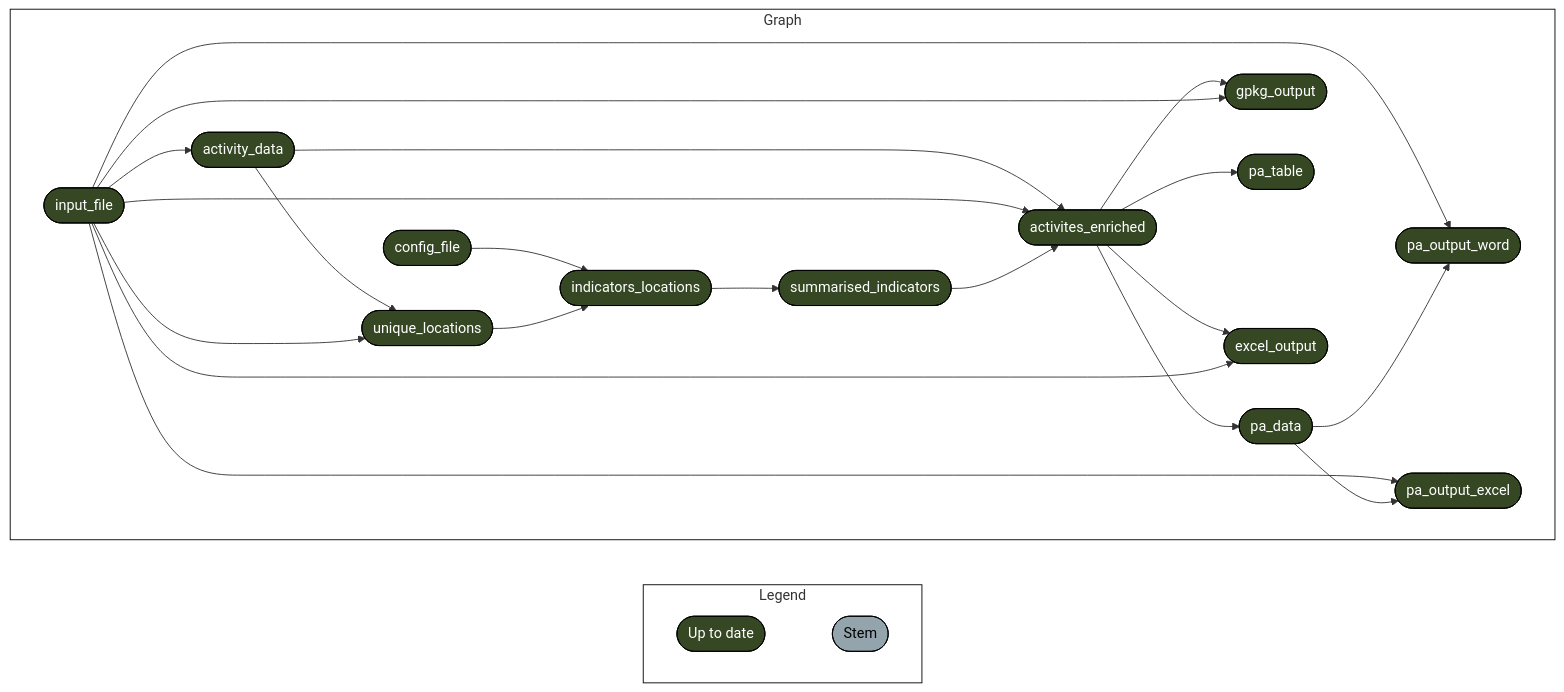
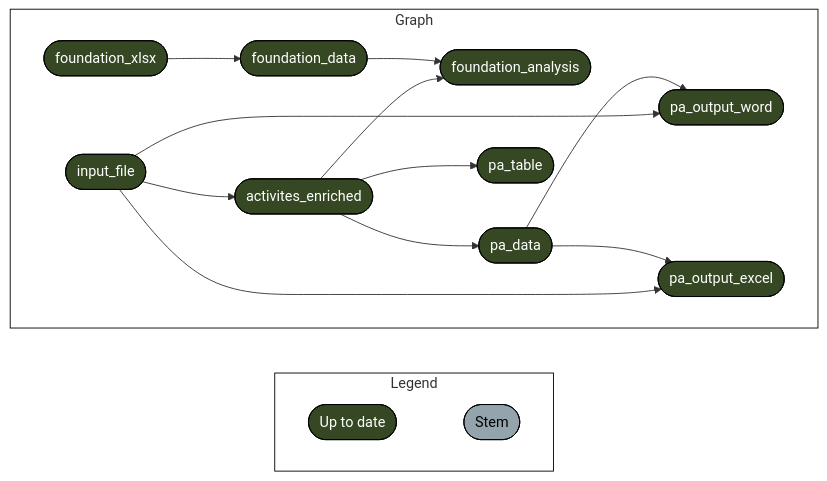
One commit to mapme-initiative/oda-portfolio changed the diagram in README.md. Above: the diagram before and after it, drawn with Mermaid.

Commit message:
render readme

````diff
--- a/README.md
+++ b/README.md
@@ -19,34 +19,25 @@
 ``` mermaid
 graph LR
   style Legend fill:#FFFFFF00,stroke:#000000;
   style Graph fill:#FFFFFF00,stroke:#000000;
   subgraph Legend
     direction LR
     xf1522833a4d242c5([""Up to date""]):::uptodate --- xd03d7c7dd2ddda2b([""Stem""]):::none
   end
   subgraph Graph
     direction LR
+    x31d8d3daa8f8e034(["activites_enriched"]):::uptodate --> x602dd3e6128ae7dc(["foundation_analysis"]):::uptodate
+    xe727961fb6912752(["foundation_data"]):::uptodate --> x602dd3e6128ae7dc(["foundation_analysis"]):::uptodate
     x721addc77afbcf42(["input_file"]):::uptodate --> x16b7b3078fdccc78(["pa_output_word"]):::uptodate
     xa355481dcc1a3b39(["pa_data"]):::uptodate --> x16b7b3078fdccc78(["pa_output_word"]):::uptodate
     x31d8d3daa8f8e034(["activites_enriched"]):::uptodate --> xa355481dcc1a3b39(["pa_data"]):::uptodate
-    x31d8d3daa8f8e034(["activites_enriched"]):::uptodate --> x87ba475ce69b80a8(["gpkg_output"]):::uptodate
-    x721addc77afbcf42(["input_file"]):::uptodate --> x87ba475ce69b80a8(["gpkg_output"]):::uptodate
     x31d8d3daa8f8e034(["activites_enriched"]):::uptodate --> x348ebc99af6804b7(["pa_table"]):::uptodate
-    x721addc77afbcf42(["input_file"]):::uptodate --> x9be9fe4c25e464e0(["activity_data"]):::uptodate
-    xd80c6efdd95a74a4(["indicators_locations"]):::uptodate --> x1ba9c4ef45365262(["summarised_indicators"]):::uptodate
-    x9be9fe4c25e464e0(["activity_data"]):::uptodate --> x901ac07110e697ee(["unique_locations"]):::uptodate
-    x721addc77afbcf42(["input_file"]):::uptodate --> x901ac07110e697ee(["unique_locations"]):::uptodate
+    x3d8799c25d1129a4(["foundation_xlsx"]):::uptodate --> xe727961fb6912752(["foundation_data"]):::uptodate
     x721addc77afbcf42(["input_file"]):::uptodate --> xf39fc5dec6b9a973(["pa_output_excel"]):::uptodate
     xa355481dcc1a3b39(["pa_data"]):::uptodate --> xf39fc5dec6b9a973(["pa_output_excel"]):::uptodate
-    x9be9fe4c25e464e0(["activity_data"]):::uptodate --> x31d8d3daa8f8e034(["activites_enriched"]):::uptodate
     x721addc77afbcf42(["input_file"]):::uptodate --> x31d8d3daa8f8e034(["activites_enriched"]):::uptodate
-    x1ba9c4ef45365262(["summarised_indicators"]):::uptodate --> x31d8d3daa8f8e034(["activites_enriched"]):::uptodate
-    x31d8d3daa8f8e034(["activites_enriched"]):::uptodate --> x79629de1855e879d(["excel_output"]):::uptodate
-    x721addc77afbcf42(["input_file"]):::uptodate --> x79629de1855e879d(["excel_output"]):::uptodate
-    x9909b451a6a56060(["config_file"]):::uptodate --> xd80c6efdd95a74a4(["indicators_locations"]):::uptodate
-    x901ac07110e697ee(["unique_locations"]):::uptodate --> xd80c6efdd95a74a4(["indicators_locations"]):::uptodate
   end
   classDef uptodate stroke:#000000,color:#ffffff,fill:#354823;
   classDef none stroke:#000000,color:#000000,fill:#94a4ac;
   linkStyle 0 stroke-width:0px;
 ```
````
